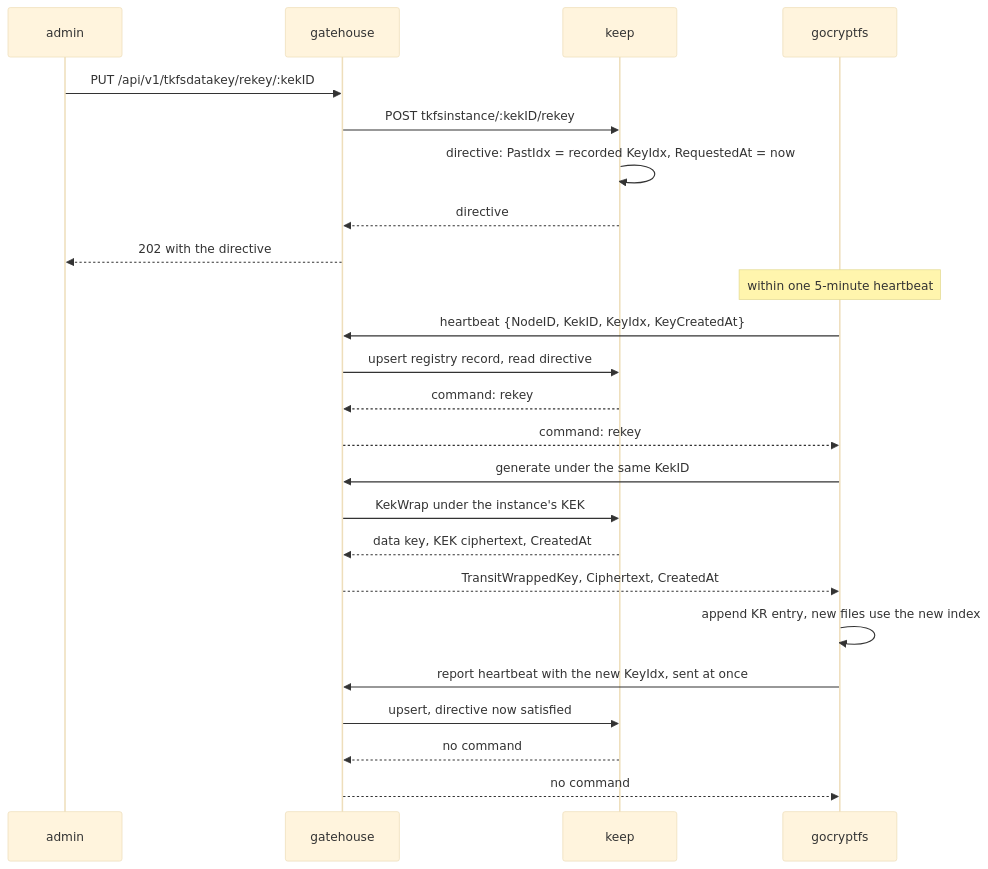
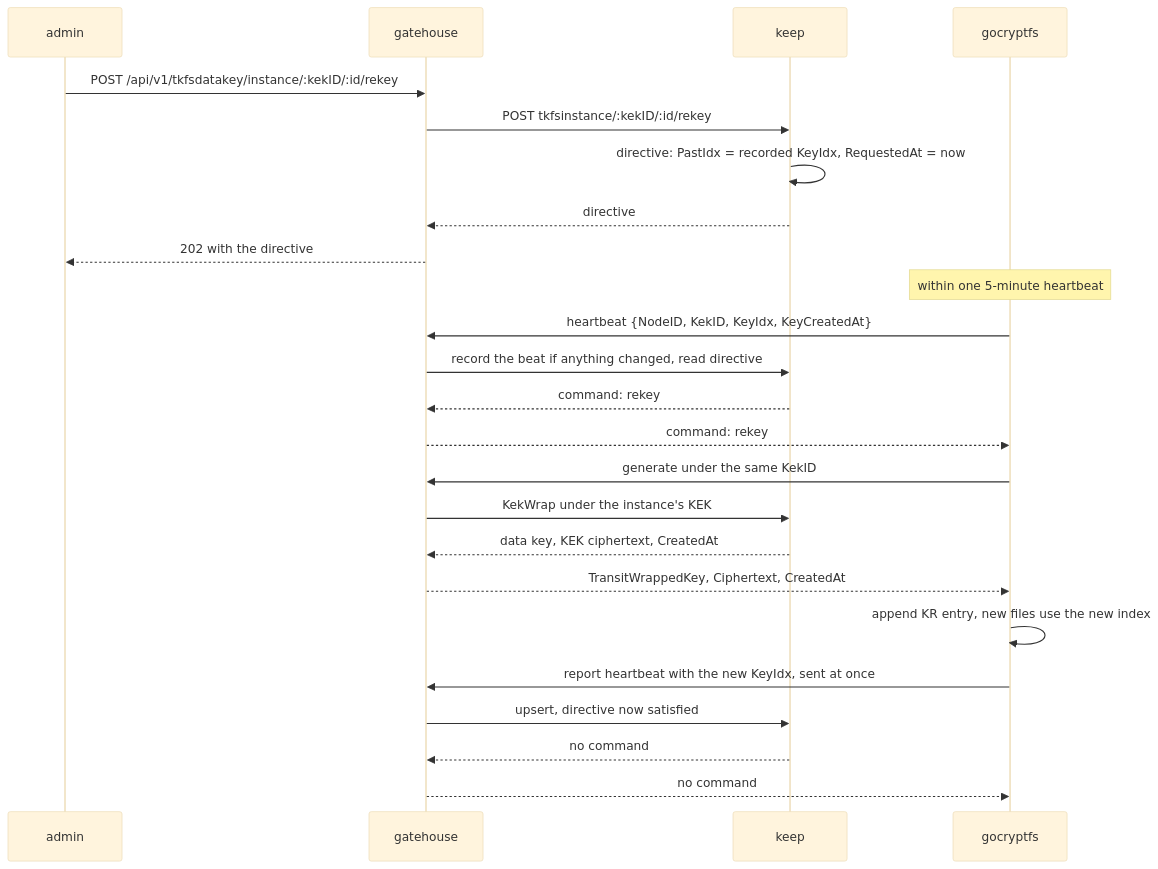
The fifth of 7 diagrams in Documentation/tkfs-v2-review-guide.md (TrustedKeep/gocryptfs), drawn with Mermaid (base theme) before and after one commit. The commit also changed other lines of this file and 10 other files, not shown here.

````diff
--- a/Documentation/tkfs-v2-review-guide.md
+++ b/Documentation/tkfs-v2-review-guide.md
@@ -209,26 +209,26 @@
 ```mermaid
 sequenceDiagram
   participant A as admin
   participant G as gatehouse
   participant K as keep
   participant T as gocryptfs
-  A->>G: PUT /api/v1/tkfsdatakey/rekey/:kekID
-  G->>K: POST tkfsinstance/:kekID/rekey
+  A->>G: POST /api/v1/tkfsdatakey/instance/:kekID/:id/rekey
+  G->>K: POST tkfsinstance/:kekID/:id/rekey
   K->>K: directive: PastIdx = recorded KeyIdx, RequestedAt = now
   K-->>G: directive
   G-->>A: 202 with the directive
   Note over T: within one 5-minute heartbeat
   T->>G: heartbeat {NodeID, KekID, KeyIdx, KeyCreatedAt}
-  G->>K: upsert registry record, read directive
+  G->>K: record the beat if anything changed, read directive
   K-->>G: command: rekey
   G-->>T: command: rekey
   T->>G: generate under the same KekID
   G->>K: KekWrap under the instance's KEK
   K-->>G: data key, KEK ciphertext, CreatedAt
   G-->>T: TransitWrappedKey, Ciphertext, CreatedAt
   T->>T: append KR entry, new files use the new index
   T->>G: report heartbeat with the new KeyIdx, sent at once
   G->>K: upsert, directive now satisfied
   K-->>G: no command
   G-->>T: no command
 ```
````
